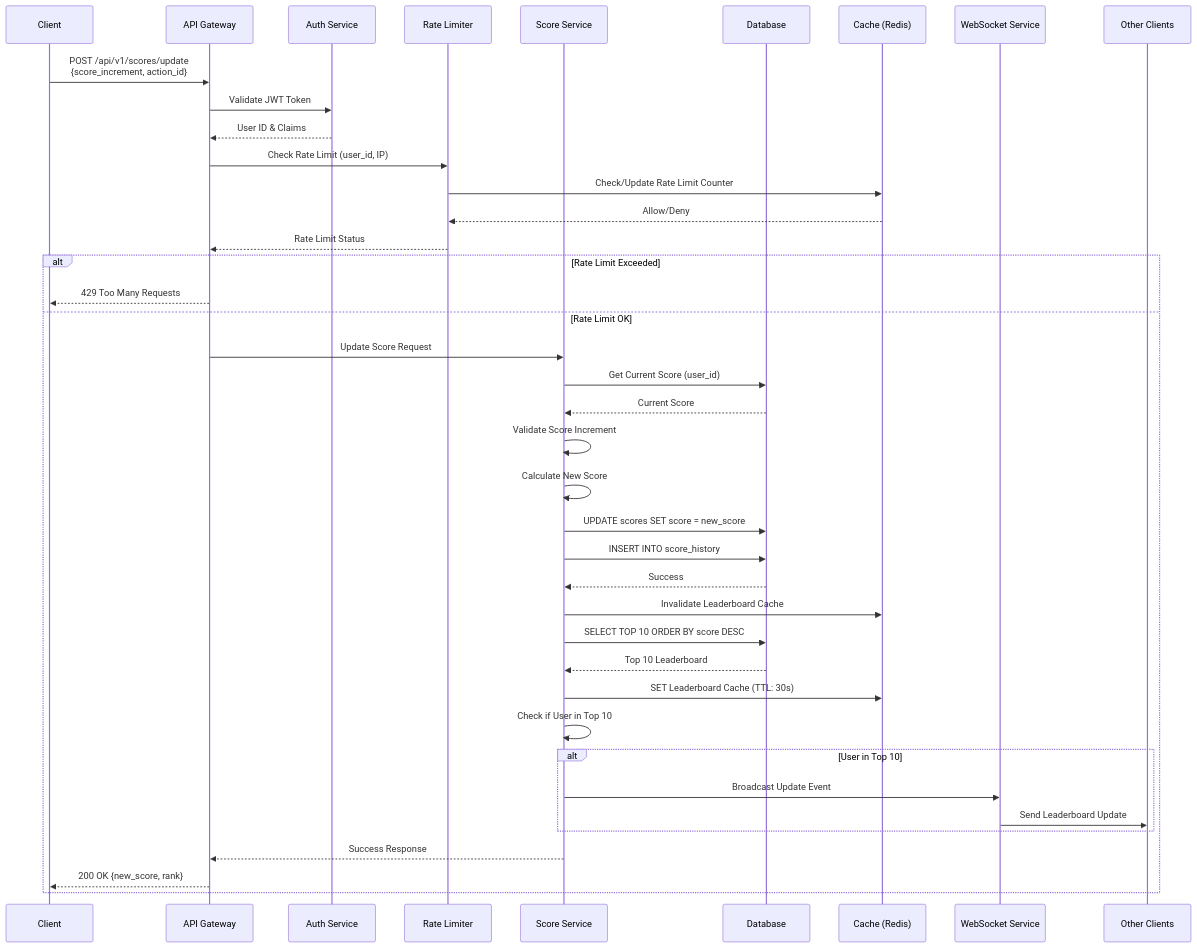
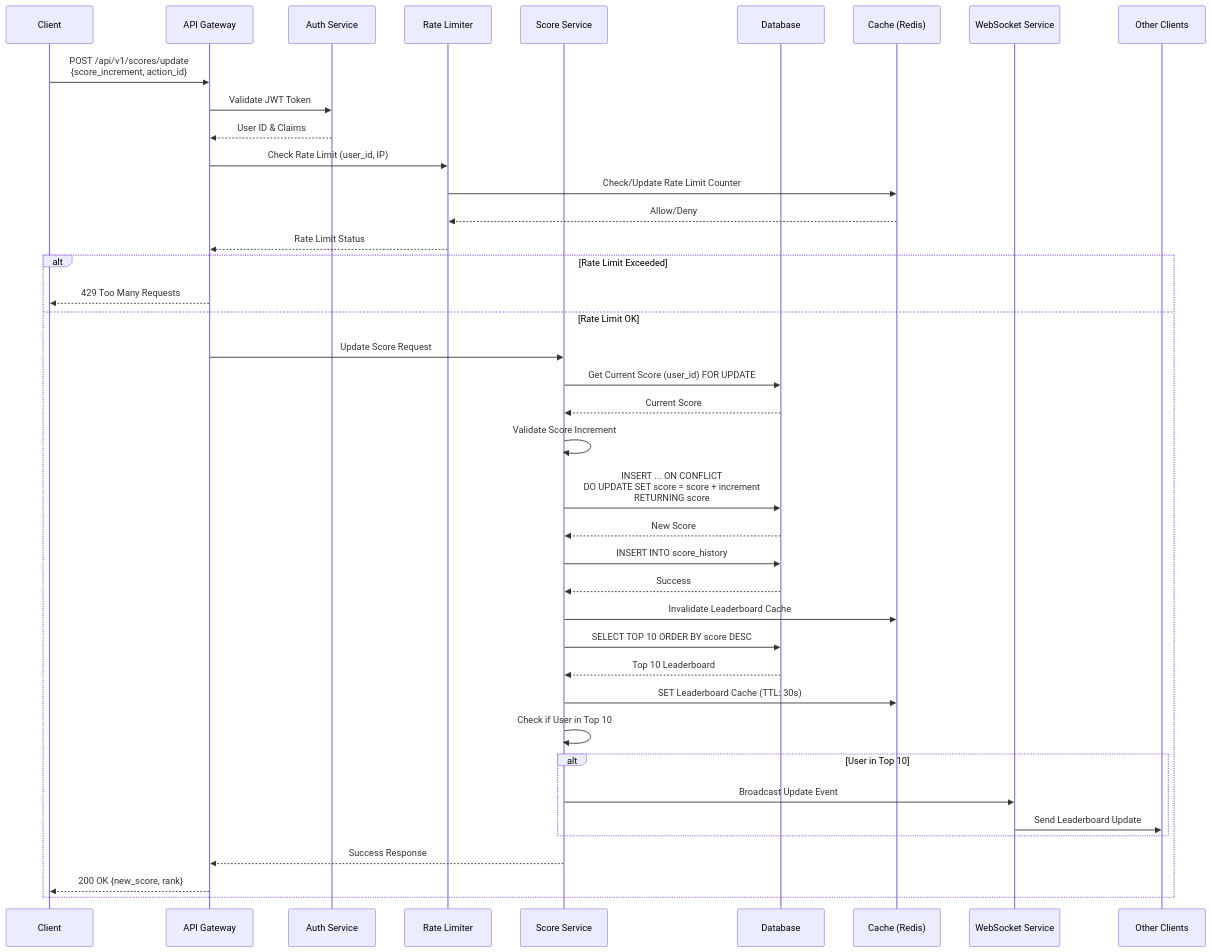
The first of 3 diagrams in README.md (nguyentrung194/problem_6), drawn with Mermaid before and after one commit. The commit also changed 1 other file, not shown here.

Commit message:
improve calc with sql

````diff
--- a/README.md
+++ b/README.md
@@ -434,53 +434,54 @@
 ```mermaid
 sequenceDiagram
     participant Client
     participant API Gateway
     participant Auth Service
     participant Rate Limiter
     participant Score Service
     participant Database
     participant Cache (Redis)
     participant WebSocket Service
     participant Other Clients
 
     Client->>API Gateway: POST /api/v1/scores/update<br/>{score_increment, action_id}
     API Gateway->>Auth Service: Validate JWT Token
     Auth Service-->>API Gateway: User ID & Claims
 
     API Gateway->>Rate Limiter: Check Rate Limit (user_id, IP)
     Rate Limiter->>Cache (Redis): Check/Update Rate Limit Counter
     Cache (Redis)-->>Rate Limiter: Allow/Deny
     Rate Limiter-->>API Gateway: Rate Limit Status
 
     alt Rate Limit Exceeded
         API Gateway-->>Client: 429 Too Many Requests
     else Rate Limit OK
         API Gateway->>Score Service: Update Score Request
 
-        Score Service->>Database: Get Current Score (user_id)
+        Score Service->>Database: Get Current Score (user_id) FOR UPDATE
         Database-->>Score Service: Current Score
 
         Score Service->>Score Service: Validate Score Increment
-        Score Service->>Score Service: Calculate New Score
 
-        Score Service->>Database: UPDATE scores SET score = new_score
+        Score Service->>Database: INSERT ... ON CONFLICT<br/>DO UPDATE SET score = score + increment<br/>RETURNING score
+        Database-->>Score Service: New Score
+
         Score Service->>Database: INSERT INTO score_history
         Database-->>Score Service: Success
 
         Score Service->>Cache (Redis): Invalidate Leaderboard Cache
 
         Score Service->>Database: SELECT TOP 10 ORDER BY score DESC
         Database-->>Score Service: Top 10 Leaderboard
         Score Service->>Cache (Redis): SET Leaderboard Cache (TTL: 30s)
 
         Score Service->>Score Service: Check if User in Top 10
 
         alt User in Top 10
             Score Service->>WebSocket Service: Broadcast Update Event
             WebSocket Service->>Other Clients: Send Leaderboard Update
         end
 
         Score Service-->>API Gateway: Success Response
         API Gateway-->>Client: 200 OK {new_score, rank}
     end
 ```
````
